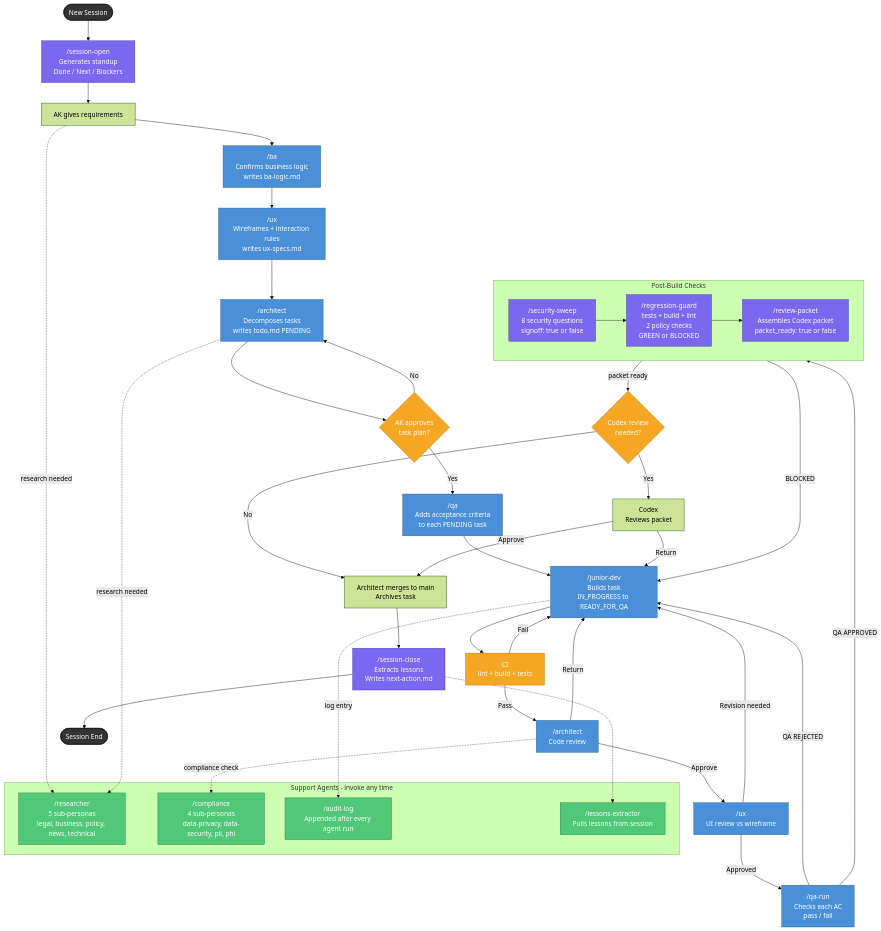
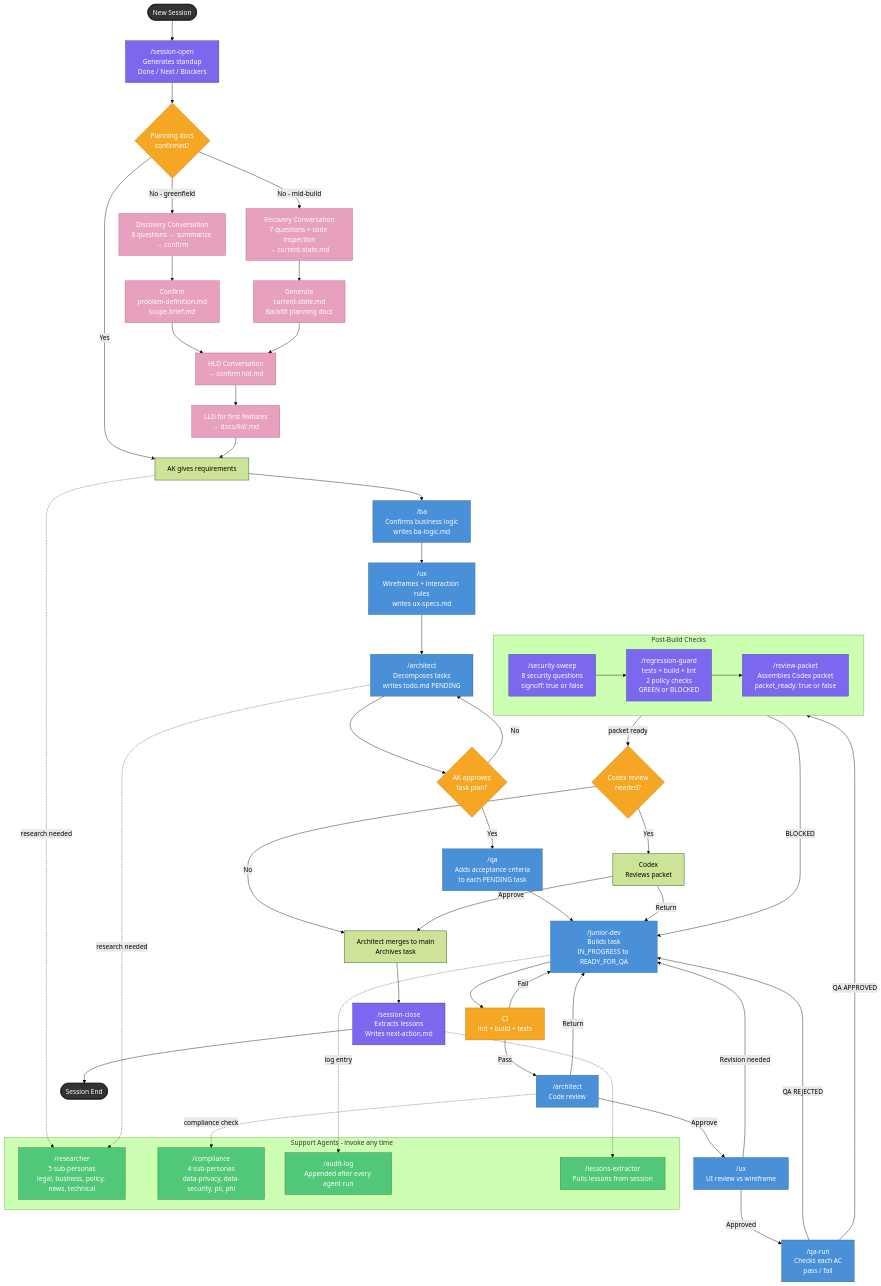
One commit to ayuvinc/AK-Cognitive-OS changed the diagram in FRAMEWORK_FLOW.md. Above: the diagram before and after it, drawn with Mermaid (forest theme). The commit also changed other lines of this file and 32 other files, not shown here.

First line of the commit message:
feat(v2.0.0): conversation-first, artifact-driven development

````diff
--- a/FRAMEWORK_FLOW.md
+++ b/FRAMEWORK_FLOW.md
@@ -3,66 +3,80 @@
 ```mermaid
 flowchart TD
 
     START([New Session]) --> SO["/session-open\nGenerates standup\nDone / Next / Blockers"]
-    SO --> AK_REQ["AK gives requirements"]
+    SO --> PLAN_CHECK{"Planning docs\nconfirmed?"}
+
+    PLAN_CHECK -->|No - greenfield| DISCOVERY["Discovery Conversation\n8 questions → summarize → confirm"]
+    PLAN_CHECK -->|No - mid-build| RECOVERY["Recovery Conversation\n7 questions + code inspection\n→ current-state.md"]
+    PLAN_CHECK -->|Yes| AK_REQ
+
+    DISCOVERY --> PROB_SCOPE["Confirm\nproblem-definition.md\nscope-brief.md"]
+    RECOVERY --> CURRENT_STATE["Generate\ncurrent-state.md\nBackfill planning docs"]
+    PROB_SCOPE --> HLD_CONV["HLD Conversation\n→ confirm hld.md"]
+    CURRENT_STATE --> HLD_CONV
+    HLD_CONV --> LLD_CONV["LLD for first features\n→ docs/lld/<feature>.md"]
+    LLD_CONV --> AK_REQ["AK gives requirements"]
 
     AK_REQ --> BA["/ba\nConfirms business logic\nwrites ba-logic.md"]
     BA --> UX["/ux\nWireframes + interaction rules\nwrites ux-specs.md"]
     UX --> ARCH["/architect\nDecomposes tasks\nwrites todo.md PENDING"]
     ARCH --> AK_APPROVE{AK approves\ntask plan?}
     AK_APPROVE -->|No| ARCH
     AK_APPROVE -->|Yes| QA_CRITERIA["/qa\nAdds acceptance criteria\nto each PENDING task"]
 
     QA_CRITERIA --> JD["/junior-dev\nBuilds task\nIN_PROGRESS to READY_FOR_QA"]
     JD --> CI["CI\nlint + build + tests"]
     CI -->|Fail| JD
     CI -->|Pass| ARCH_REVIEW["/architect\nCode review"]
     ARCH_REVIEW -->|Return| JD
     ARCH_REVIEW -->|Approve| UX_REVIEW["/ux\nUI review vs wireframe"]
     UX_REVIEW -->|Revision needed| JD
     UX_REVIEW -->|Approved| QA_RUN["/qa-run\nChecks each AC\npass / fail"]
     QA_RUN -->|QA REJECTED| JD
     QA_RUN -->|QA APPROVED| POST
 
     subgraph POST ["Post-Build Checks"]
         SS["/security-sweep\n8 security questions\nsignoff: true or false"]
         RG["/regression-guard\ntests + build + lint\n2 policy checks\nGREEN or BLOCKED"]
         RP["/review-packet\nAssembles Codex packet\npacket_ready: true or false"]
         SS --> RG --> RP
     end
 
     POST -->|BLOCKED| JD
     POST -->|packet ready| CODEX{Codex review\nneeded?}
     CODEX -->|No| MERGE
     CODEX -->|Yes| CODEX_REVIEW["Codex\nReviews packet"]
     CODEX_REVIEW -->|Return| JD
     CODEX_REVIEW -->|Approve| MERGE
 
     MERGE["Architect merges to main\nArchives task"] --> SC["/session-close\nExtracts lessons\nWrites next-action.md"]
     SC --> END([Session End])
 
     subgraph SUPPORT ["Support Agents - invoke any time"]
         RES["/researcher\n5 sub-personas\nlegal, business, policy, news, technical"]
         COMP["/compliance\n4 sub-personas\ndata-privacy, data-security, pii, phi"]
         ALOG["/audit-log\nAppended after every agent run"]
         LES["/lessons-extractor\nPulls lessons from session"]
     end
 
     AK_REQ -.->|research needed| RES
     ARCH -.->|research needed| RES
     ARCH_REVIEW -.->|compliance check| COMP
     JD -.->|log entry| ALOG
     SC -.-> LES
 
     classDef persona fill:#4A90D9,color:#fff,stroke:#2C5F8A
     classDef skill fill:#7B68EE,color:#fff,stroke:#4B3BA8
     classDef decision fill:#F5A623,color:#fff,stroke:#C07800
     classDef support fill:#50C878,color:#fff,stroke:#2D7A45
     classDef terminal fill:#333,color:#fff,stroke:#000
 
+    classDef planning fill:#E8A0BF,color:#fff,stroke:#B8608F
+    class DISCOVERY,RECOVERY,PROB_SCOPE,CURRENT_STATE,HLD_CONV,LLD_CONV planning
+    class PLAN_CHECK decision
     class BA,UX,ARCH,ARCH_REVIEW,UX_REVIEW,QA_CRITERIA,QA_RUN,JD persona
     class SO,SS,RG,RP,SC skill
     class AK_APPROVE,CI,CODEX decision
     class RES,COMP,ALOG,LES support
     class START,END terminal
 ```
````
